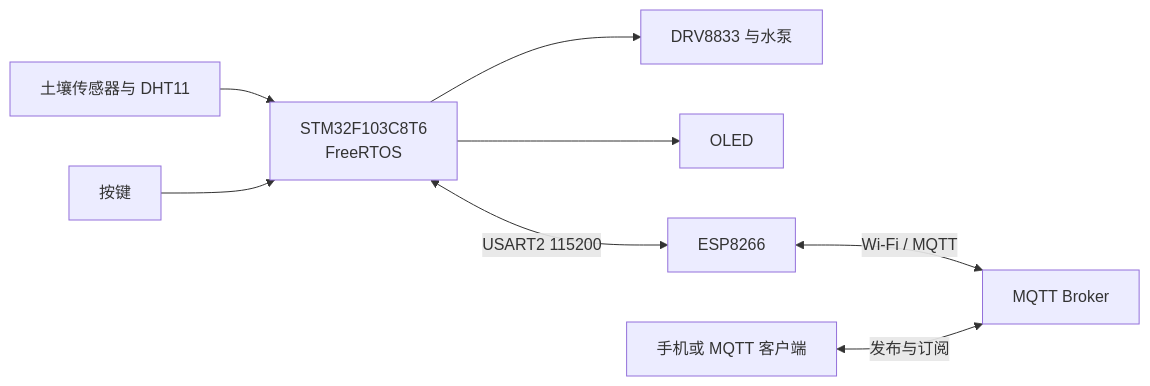
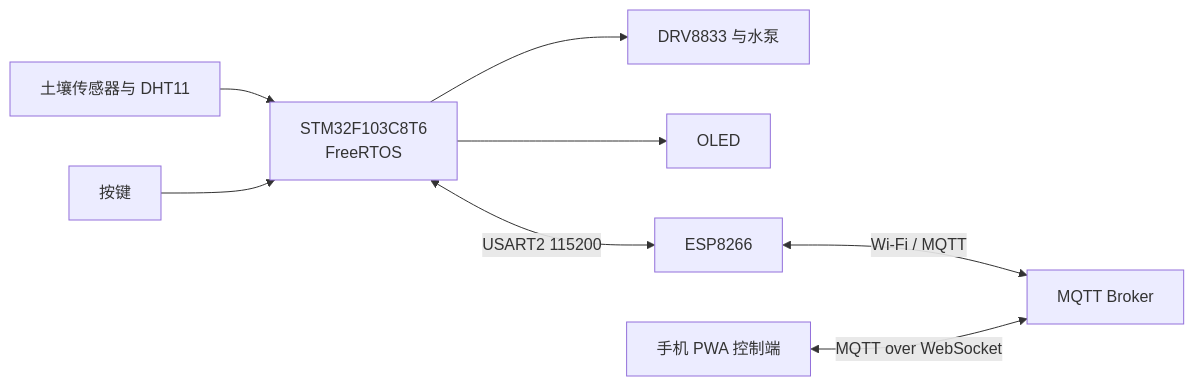
The diagram in jiaohua-rtos/README.md (a7linqi/smarthome-pcb), drawn with Mermaid before and after one commit. The commit also changed other lines of this file and 16 other files, not shown here.

````diff
--- a/jiaohua-rtos/README.md
+++ b/jiaohua-rtos/README.md
@@ -7,10 +7,10 @@
 ```mermaid
 flowchart LR
     Sensor[土壤传感器与 DHT11] --> STM[STM32F103C8T6\nFreeRTOS]
     Key[按键] --> STM
     STM --> Pump[DRV8833 与水泵]
     STM --> OLED[OLED]
     STM <-->|USART2 115200| ESP[ESP8266]
     ESP <-->|Wi-Fi / MQTT| Broker[MQTT Broker]
-    Phone[手机或 MQTT 客户端] <-->|发布与订阅| Broker
+    Phone[手机 PWA 控制端] <-->|MQTT over WebSocket| Broker
 ```
````
